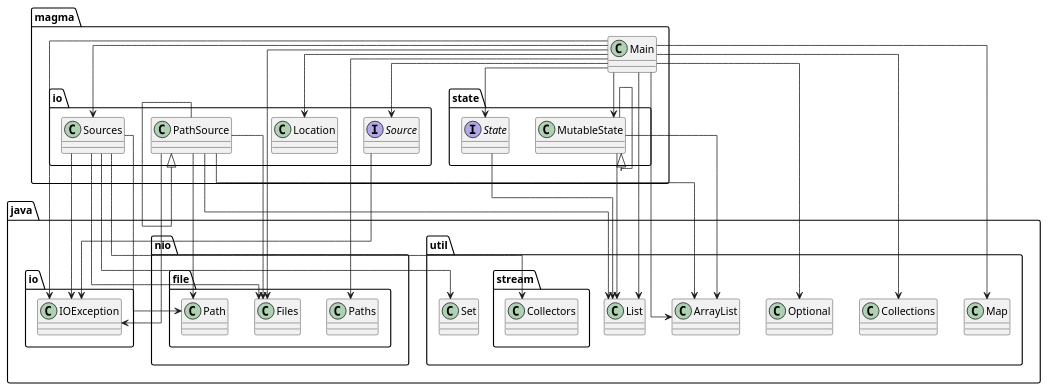
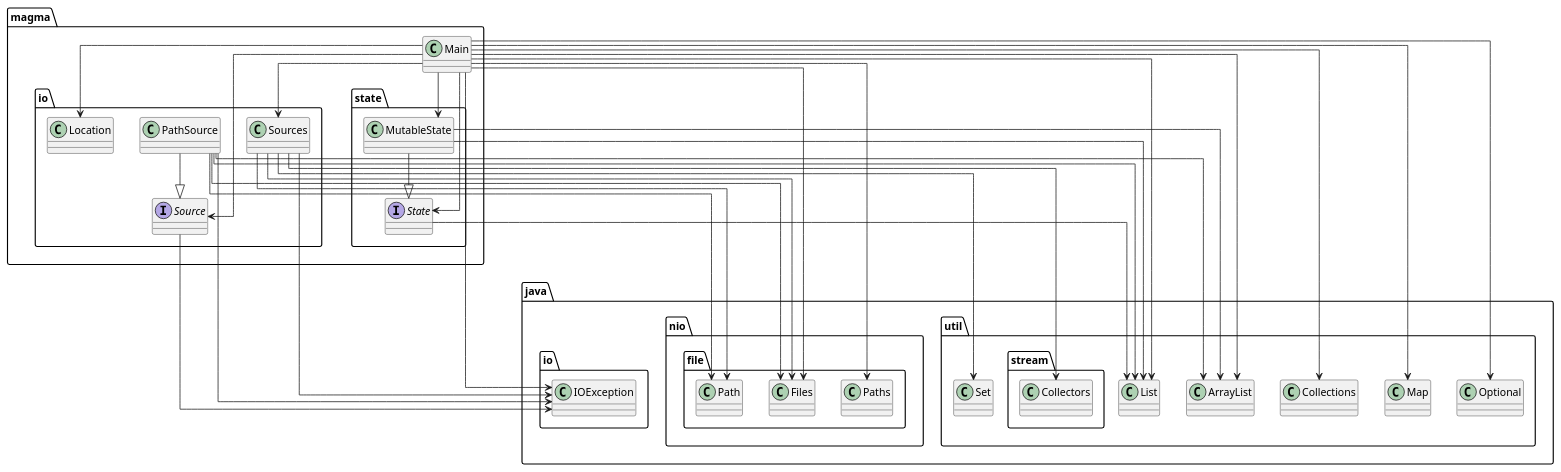
One commit to SirMathhman/Magma changed the diagram in diagram.puml. Above: the diagram before and after it, drawn with PlantUML. The commit also changed 2 other files, not shown here.

```diff
--- a/diagram.puml
+++ b/diagram.puml
@@ -1,39 +1,39 @@
 @startuml
 skinparam linetype ortho
 class magma.io.Location
 magma.Main --> magma.io.Location
 magma.Main --> magma.io.Source
 magma.Main --> magma.io.Sources
 magma.Main --> magma.state.MutableState
 magma.Main --> magma.state.State
 magma.Main --> java.io.IOException
 magma.Main --> java.nio.file.Files
 magma.Main --> java.nio.file.Paths
 magma.Main --> java.util.ArrayList
 magma.Main --> java.util.Collections
 magma.Main --> java.util.List
 magma.Main --> java.util.Map
 magma.Main --> java.util.Optional
 class magma.Main
 magma.state.State --> java.util.List
 interface magma.state.State
 magma.io.Source --> java.io.IOException
 interface magma.io.Source
 magma.state.MutableState --> java.util.ArrayList
 magma.state.MutableState --> java.util.List
 class magma.state.MutableState
-magma.state.MutableState --|> magma.state.MutableState
+magma.state.MutableState --|> magma.state.State
 magma.io.PathSource --> java.io.IOException
 magma.io.PathSource --> java.nio.file.Files
 magma.io.PathSource --> java.nio.file.Path
 magma.io.PathSource --> java.util.ArrayList
 magma.io.PathSource --> java.util.List
 class magma.io.PathSource
-magma.io.PathSource --|> magma.io.PathSource
+magma.io.PathSource --|> magma.io.Source
 magma.io.Sources --> java.io.IOException
 magma.io.Sources --> java.nio.file.Files
 magma.io.Sources --> java.nio.file.Path
 magma.io.Sources --> java.util.Set
 magma.io.Sources --> java.util.stream.Collectors
 class magma.io.Sources
 @enduml
```
